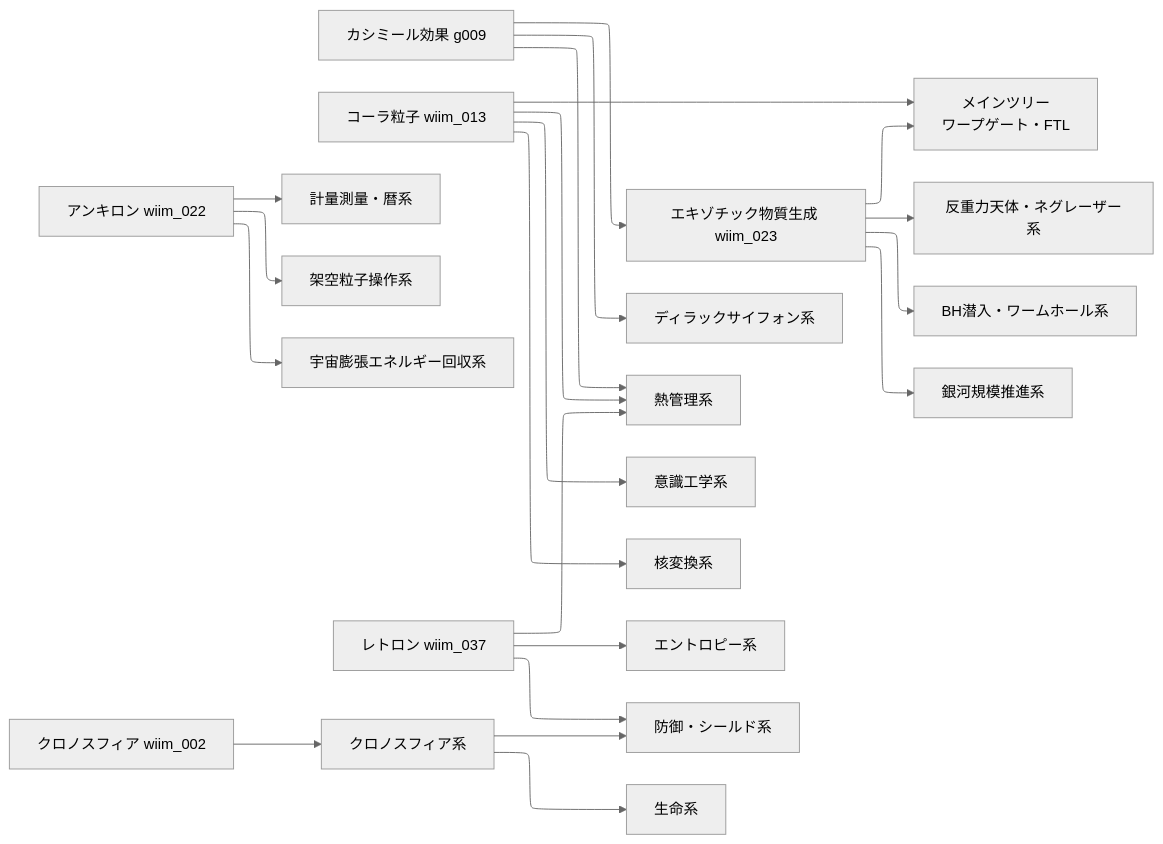
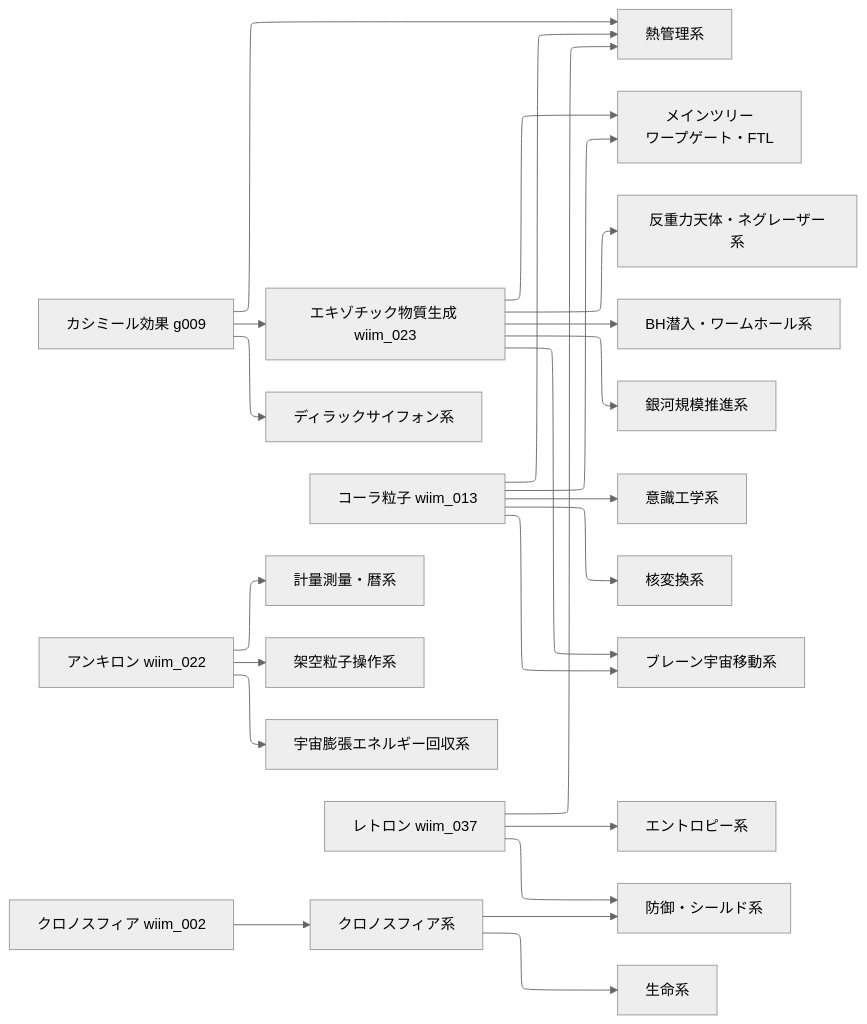
Before and after one commit to theronium/WhatIfImpossible: the diagram in docs/notes/tech_tree.md, drawn with Mermaid (neutral theme). The commit also changed other lines of this file and 41 other files, not shown here.

````diff
--- a/docs/notes/tech_tree.md
+++ b/docs/notes/tech_tree.md
@@ -47,24 +48,26 @@
 ```mermaid
 %%{init: {"layout": "elk"}}%%
 flowchart LR
     A[カシミール効果 g009] --> B[エキゾチック物質生成 wiim_023]
     A --> C[ディラックサイフォン系]
     A --> D[熱管理系]
     B --> E[メインツリー\nワープゲート・FTL]
     B --> F[反重力天体・ネグレーザー系]
     B --> G[BH潜入・ワームホール系]
     B --> H[銀河規模推進系]
     I[コーラ粒子 wiim_013] --> E
     I --> J[意識工学系]
     I --> D
     I --> K[核変換系]
+    I --> V[ブレーン宇宙移動系]
+    B --> V
     L[アンキロン wiim_022] --> M[計量測量・暦系]
     L --> N[架空粒子操作系]
     L --> O[宇宙膨張エネルギー回収系]
     P[レトロン wiim_037] --> Q[エントロピー系]
     P --> R[防御・シールド系]
     P --> D
     S[クロノスフィア wiim_002] --> T[クロノスフィア系]
     T --> U[生命系]
     T --> R
 ```
````
